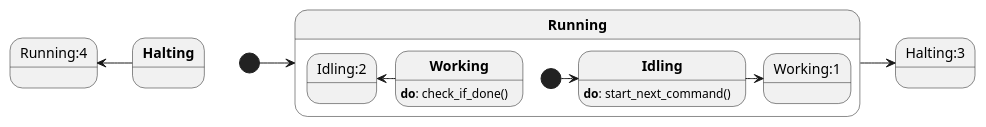
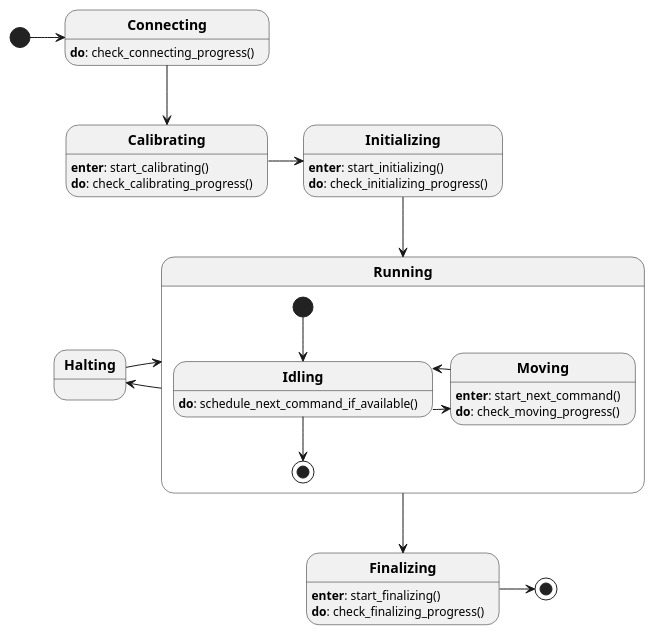
One commit to bscp/al5d_cpp changed the diagram in doc/state_machine.puml. Above: the diagram before and after it, drawn with PlantUML. The commit also changed 7 other files, not shown here.

Commit message:
Update UML diagrams

```diff
--- a/doc/state_machine.puml
+++ b/doc/state_machine.puml
@@ -1,21 +1,44 @@
 @startuml
+
+state "**Connecting**" as Connecting
+Connecting: **do**: check_connecting_progress()
+
+state "**Calibrating**" as Calibrating
+Calibrating: **enter**: start_calibrating()
+Calibrating: **do**: check_calibrating_progress()
+
+state "**Initializing**" as Initializing
+Initializing: **enter**: start_initializing()
+Initializing: **do**: check_initializing_progress()
+
 
 state "**Running**" as Running{
     state "**Idling**" as Idling
-    state "**Working**" as Working
+    Idling: **do**: schedule_next_command_if_available()
 
-    Idling:**do**: start_next_command()
-    Working:**do**: check_if_done()
+    state "**Moving**" as Moving
+    Moving: **enter**: start_next_command()
+    Moving: **do**: check_moving_progress()
 
-    [*] -right-> Idling
-    Idling -right-> Working:1
-    Working -left-> Idling:2
+    [*] -down-> Idling
+    Idling -right-> Moving
+    Moving -left-> Idling
+    Idling -down-> [*]
 }
 
 state "**Halting**" as Halting
 
-[*] -right-> Running
-Running -right-> Halting:3
-Halting -left-> Running:4
+state "**Finalizing**" as Finalizing
+Finalizing: **enter**: start_finalizing()
+Finalizing: **do**: check_finalizing_progress()
+
+[*] -right-> Connecting
+Connecting -down-> Calibrating
+Calibrating -right-> Initializing
+Initializing -down-> Running
+Running -left-> Halting
+Halting -right-> Running
+Running -down-> Finalizing
+Finalizing -right-> [*]
 
 @enduml
```
